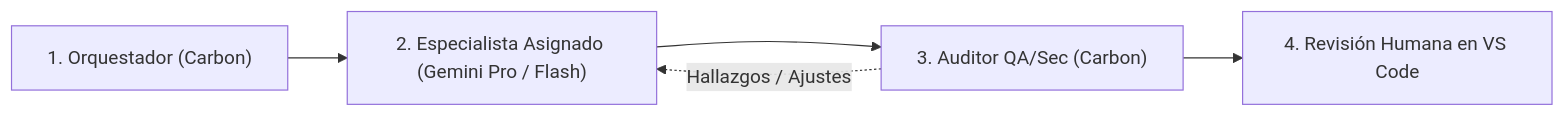
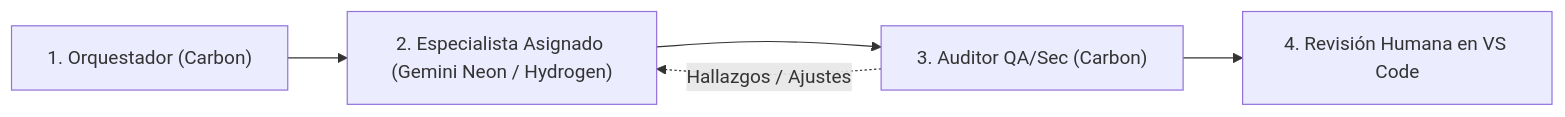
Before and after one commit to jsora-dev/dian-ubl-lakehouse: the diagram in AGENTS.md, drawn with Mermaid. The commit also changed other lines of this file, not shown here.

````diff
--- a/AGENTS.md
+++ b/AGENTS.md
@@ -13,7 +13,7 @@
 ```mermaid
 flowchart LR
-    A["1. Orquestador (Carbon)"] --> B["2. Especialista Asignado (Gemini Pro / Flash)"]
+    A["1. Orquestador (Carbon)"] --> B["2. Especialista Asignado (Gemini Neon / Hydrogen)"]
     B --> C["3. Auditor QA/Sec (Carbon)"]
     C --> D["4. Revisión Humana en VS Code"]
     C -. "Hallazgos / Ajustes" .-> B
 ```
````
